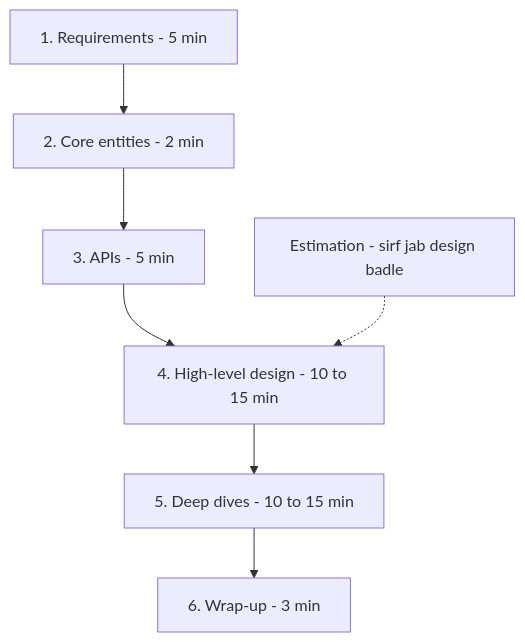
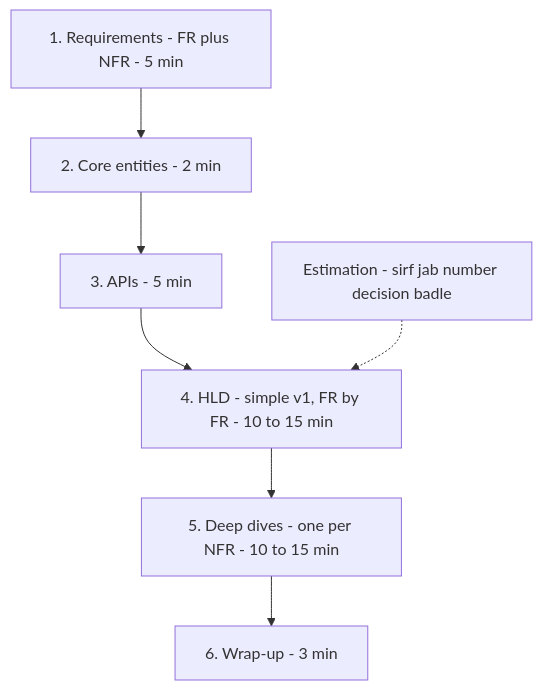
Before and after one commit to flow6979/system-design-prep: the diagram in content/01-topics/00-interview-framework.md, drawn with Mermaid. The commit also changed other lines of this file and 61 other files, not shown here.

````diff
--- a/content/01-topics/00-interview-framework.md
+++ b/content/01-topics/00-interview-framework.md
@@ -16,9 +16,9 @@
 ```mermaid
 flowchart TD
-  A["1. Requirements - 5 min"] --> B["2. Core entities - 2 min"]
+  A["1. Requirements - FR plus NFR - 5 min"] --> B["2. Core entities - 2 min"]
   B --> C["3. APIs - 5 min"]
-  C --> D["4. High-level design - 10 to 15 min"]
-  D --> E["5. Deep dives - 10 to 15 min"]
+  C --> D["4. HLD - simple v1, FR by FR - 10 to 15 min"]
+  D --> E["5. Deep dives - one per NFR - 10 to 15 min"]
   E --> F["6. Wrap-up - 3 min"]
-  X["Estimation - sirf jab design badle"] -.-> D
+  X["Estimation - sirf jab number decision badle"] -.-> D
 ```
````
